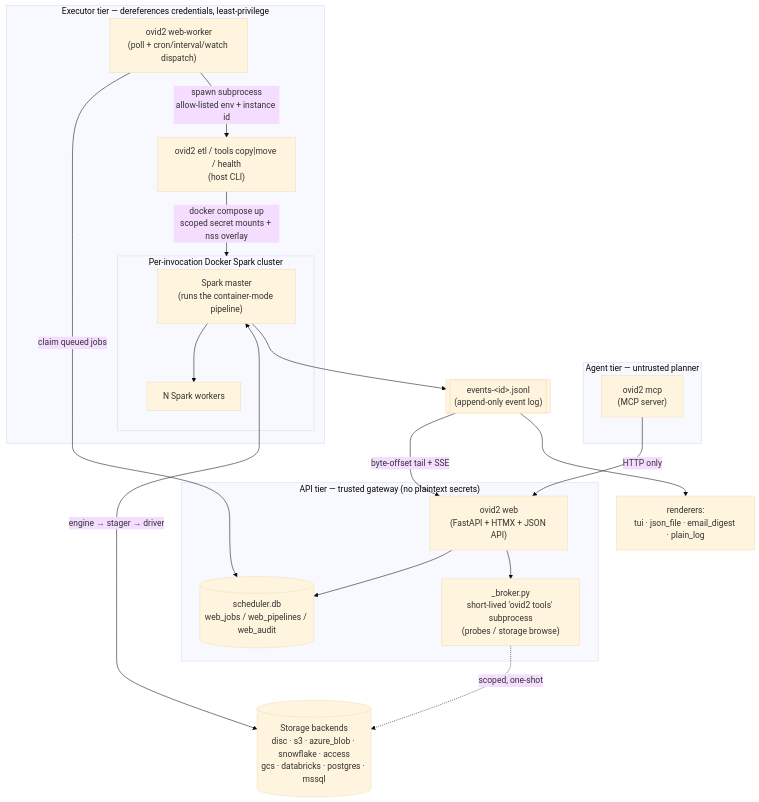
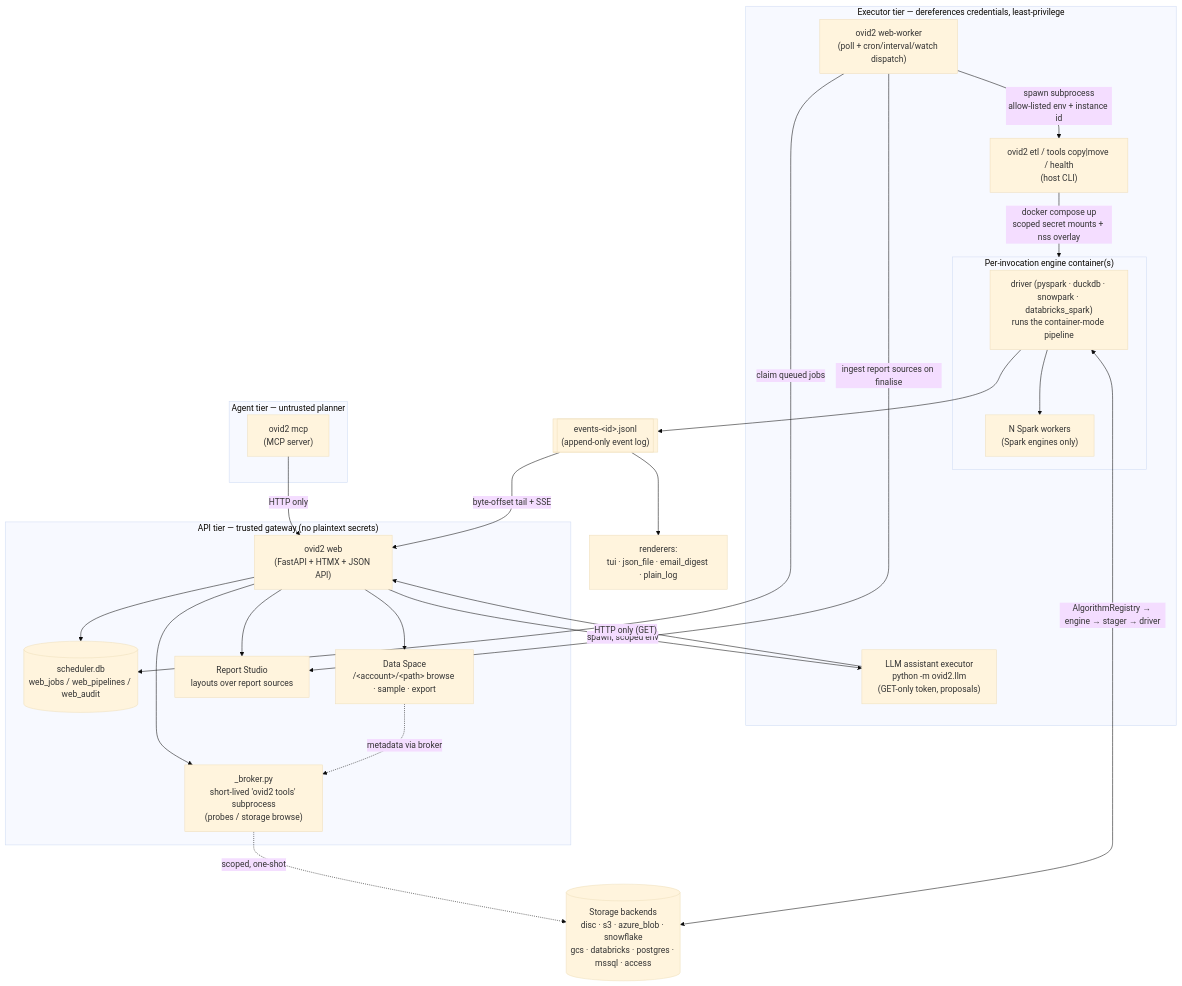
One commit to uf-hobi-informatics-lab/Ovid2 changed the first of 6 diagrams in README.md. Above: the diagram before and after it, drawn with Mermaid (base theme). The commit also changed other lines of this file and 522 other files, not shown here.

First line of the commit message:
sync: fix(ci): load optional databricks.sql via importlib so mypy passes without the SDK

````diff
--- a/README.md
+++ b/README.md
@@ -209,37 +212,46 @@
 ```mermaid
 flowchart TB
     subgraph AGENT["Agent tier — untrusted planner"]
         MCP["ovid2 mcp<br/>(MCP server)"]
     end
 
     subgraph API["API tier — trusted gateway (no plaintext secrets)"]
         WEB["ovid2 web<br/>(FastAPI + HTMX + JSON API)"]
         DB[("scheduler.db<br/>web_jobs / web_pipelines / web_audit")]
         BROKER["_broker.py<br/>short-lived 'ovid2 tools' subprocess<br/>(probes / storage browse)"]
+        ODS["Data Space<br/>/&lt;account&gt;/&lt;path&gt; browse · sample · export"]
+        REPORTS["Report Studio<br/>layouts over report sources"]
     end
 
     subgraph EXEC["Executor tier — dereferences credentials, least-privilege"]
         WORKER["ovid2 web-worker<br/>(poll + cron/interval/watch dispatch)"]
         CLI["ovid2 etl / tools copy|move / health<br/>(host CLI)"]
-        subgraph CLUSTER["Per-invocation Docker Spark cluster"]
-            MASTER["Spark master<br/>(runs the container-mode pipeline)"]
-            WORKERS["N Spark workers"]
+        LLM["LLM assistant executor<br/>python -m ovid2.llm<br/>(GET-only token, proposals)"]
+        subgraph CLUSTER["Per-invocation engine container(s)"]
+            MASTER["driver (pyspark · duckdb · snowpark · databricks_spark)<br/>runs the container-mode pipeline"]
+            WORKERS["N Spark workers<br/>(Spark engines only)"]
         end
     end
 
-    STORE[("Storage backends<br/>disc · s3 · azure_blob · snowflake · access<br/>gcs · databricks · postgres · mssql")]
+    STORE[("Storage backends<br/>disc · s3 · azure_blob · snowflake<br/>gcs · databricks · postgres · mssql · access")]
     EVENTS[["events-&lt;id&gt;.jsonl<br/>(append-only event log)"]]
 
     MCP -- "HTTP only" --> WEB
     WEB --> DB
     WEB --> BROKER
+    WEB --> ODS
+    WEB --> REPORTS
+    WEB -->|spawn, scoped env| LLM
+    LLM -- "HTTP only (GET)" --> WEB
+    ODS -.->|metadata via broker| BROKER
     BROKER -.->|scoped, one-shot| STORE
     WORKER -->|claim queued jobs| DB
     WORKER -->|spawn subprocess<br/>allow-listed env + instance id| CLI
+    WORKER -->|ingest report sources on finalise| REPORTS
     CLI -->|docker compose up<br/>scoped secret mounts + nss overlay| CLUSTER
     MASTER --> WORKERS
-    MASTER <-->|engine → stager → driver| STORE
+    MASTER <-->|AlgorithmRegistry → engine → stager → driver| STORE
     MASTER --> EVENTS
     EVENTS -->|byte-offset tail + SSE| WEB
     EVENTS --> RENDER["renderers:<br/>tui · json_file · email_digest · plain_log"]
 ```
````
